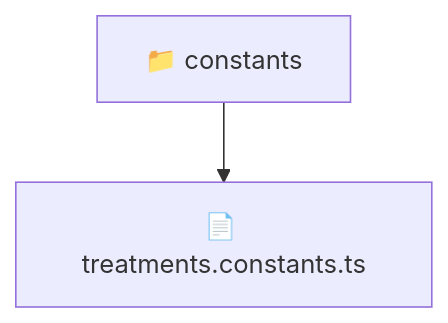
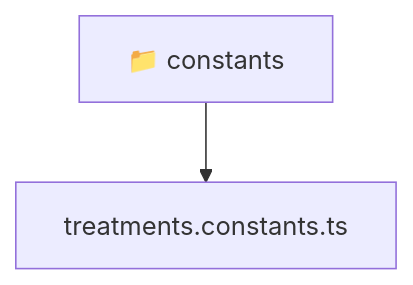
The diagram in frontend/src/entities/treatments/constants/README.md (beginwebdev2002/fullstack-mavluda), drawn with Mermaid before and after one commit. The commit also changed other lines of this file and 167 other files, not shown here.

````diff
--- a/frontend/src/entities/treatments/constants/README.md
+++ b/frontend/src/entities/treatments/constants/README.md
@@ -11,5 +11,6 @@
 ```mermaid
 graph TD
-  Root["📁 constants"]
-  Root --> treatments_constants_ts["📄 treatments.constants.ts"]
+  Root_constants["📁 constants"]
+  f_treatments_constants_ts["treatments.constants.ts"]
+  Root_constants --> f_treatments_constants_ts
 ```
````
